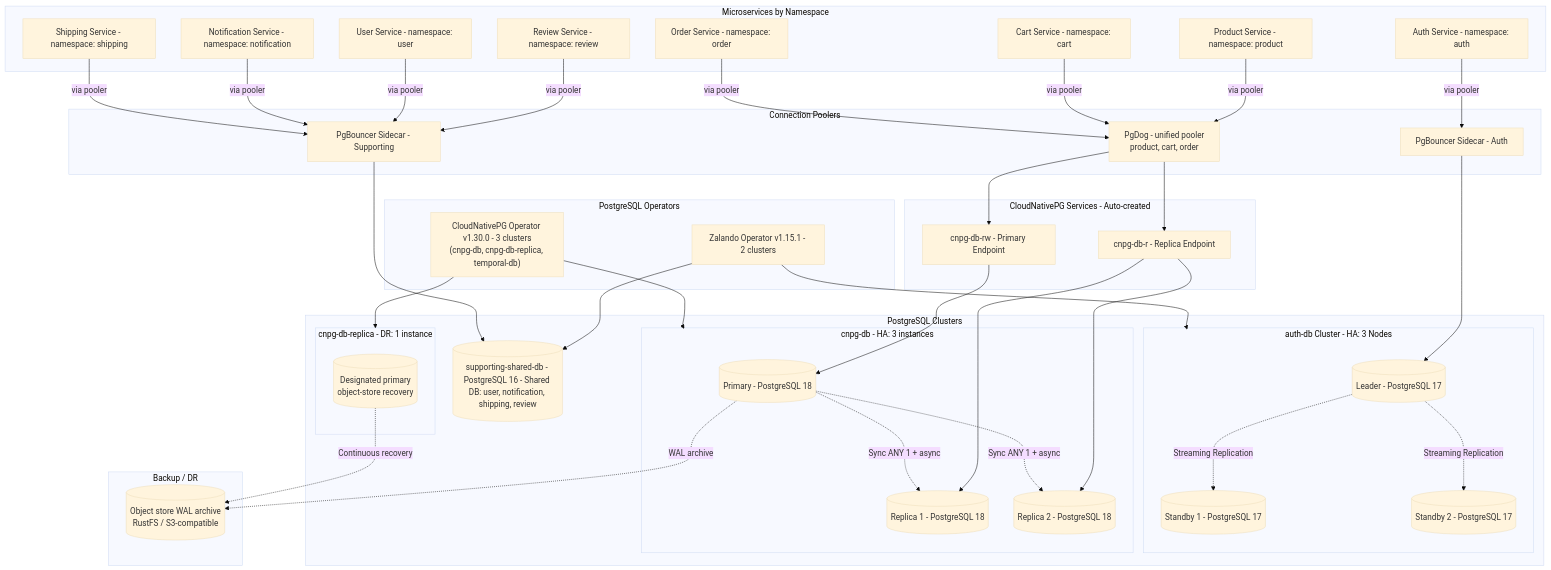
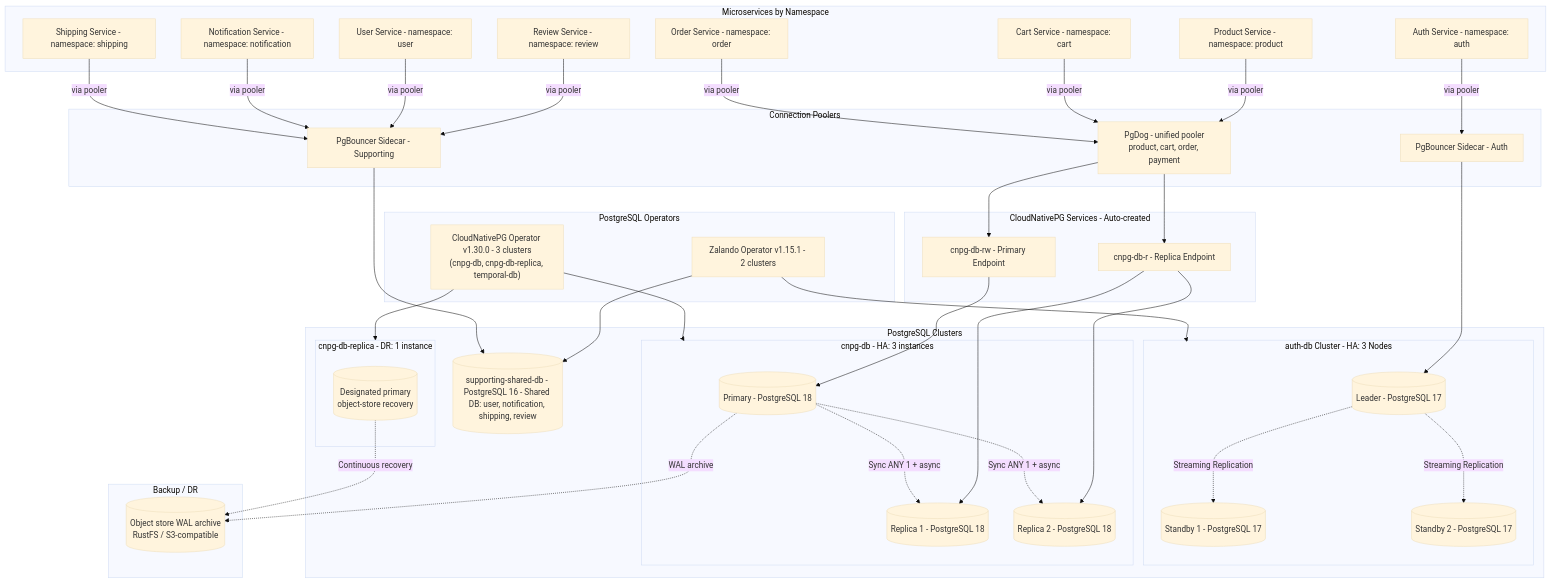
Before and after one commit to duynhlab/homelab: the first of 3 diagrams in docs/databases/002-database-integration.md, drawn with Mermaid (base theme). The commit also changed other lines of this file and 18 other files, not shown here.

````diff
--- a/docs/databases/002-database-integration.md
+++ b/docs/databases/002-database-integration.md
@@ -32,82 +32,82 @@
 ```mermaid
 flowchart TB
     subgraph Operators["PostgreSQL Operators"]
         Zalando["Zalando Operator v1.15.1 - 2 clusters"]
         CloudNativePG["CloudNativePG Operator v1.30.0 - 3 clusters<br/>(cnpg-db, cnpg-db-replica, temporal-db)"]
     end
     
     subgraph Services["Microservices by Namespace"]
         AuthSvc["Auth Service - namespace: auth"]
         ProductSvc["Product Service - namespace: product"]
         CartSvc["Cart Service - namespace: cart"]
         OrderSvc["Order Service - namespace: order"]
         ReviewSvc["Review Service - namespace: review"]
         UserSvc["User Service - namespace: user"]
         NotificationSvc["Notification Service - namespace: notification"]
         ShippingSvc["Shipping Service - namespace: shipping"]
     end
     
     subgraph Poolers["Connection Poolers"]
         PgBouncerAuth["PgBouncer Sidecar - Auth"]
         PgBouncerSupporting["PgBouncer Sidecar - Supporting"]
-        PgDogCNPG["PgDog - unified pooler<br/>product, cart, order"]
+        PgDogCNPG["PgDog - unified pooler<br/>product, cart, order, payment"]
     end
     
     subgraph Clusters["PostgreSQL Clusters"]
         subgraph AuthDBCluster["auth-db Cluster - HA: 3 Nodes"]
             AuthLeader[("Leader - PostgreSQL 17")]
             AuthStandby1[("Standby 1 - PostgreSQL 17")]
             AuthStandby2[("Standby 2 - PostgreSQL 17")]
         end
         
         subgraph CnpgPrimary["cnpg-db - HA: 3 instances"]
             CnpgPrimaryNode[("Primary - PostgreSQL 18")]
             CnpgReplica1[("Replica 1 - PostgreSQL 18")]
             CnpgReplica2[("Replica 2 - PostgreSQL 18")]
         end
         
         subgraph CnpgDR["cnpg-db-replica - DR: 1 instance"]
             CnpgDRNode[("Designated primary<br/>object-store recovery")]
         end
         
         SupportingDB[("supporting-shared-db - PostgreSQL 16 - Shared DB: user, notification, shipping, review")]
     end
     
     subgraph ObjectStore["Backup / DR"]
         RustFS[("Object store WAL archive<br/>RustFS / S3-compatible")]
     end
     
     subgraph CloudNativePGSvc["CloudNativePG Services - Auto-created"]
         CnpgRW["cnpg-db-rw - Primary Endpoint"]
         CnpgR["cnpg-db-r - Replica Endpoint"]
     end
     
     Zalando --> AuthDBCluster
     Zalando --> SupportingDB
     CloudNativePG --> CnpgPrimary
     CloudNativePG --> CnpgDR
     
     CnpgRW --> CnpgPrimaryNode
     CnpgR --> CnpgReplica1
     CnpgR --> CnpgReplica2
     
     AuthSvc -->|via pooler| PgBouncerAuth
     PgBouncerAuth --> AuthLeader
     ProductSvc -->|via pooler| PgDogCNPG
     CartSvc -->|via pooler| PgDogCNPG
     OrderSvc -->|via pooler| PgDogCNPG
     PgDogCNPG --> CnpgRW
     PgDogCNPG --> CnpgR
     ReviewSvc -->|via pooler| PgBouncerSupporting
     UserSvc -->|via pooler| PgBouncerSupporting
     NotificationSvc -->|via pooler| PgBouncerSupporting
     ShippingSvc -->|via pooler| PgBouncerSupporting
     PgBouncerSupporting --> SupportingDB
     
     AuthLeader -.->|Streaming Replication| AuthStandby1
     AuthLeader -.->|Streaming Replication| AuthStandby2
     CnpgPrimaryNode -.->|Sync ANY 1 + async| CnpgReplica1
     CnpgPrimaryNode -.->|Sync ANY 1 + async| CnpgReplica2
     CnpgPrimaryNode -.->|WAL archive| RustFS
     CnpgDRNode -.->|Continuous recovery| RustFS
 ```
````
